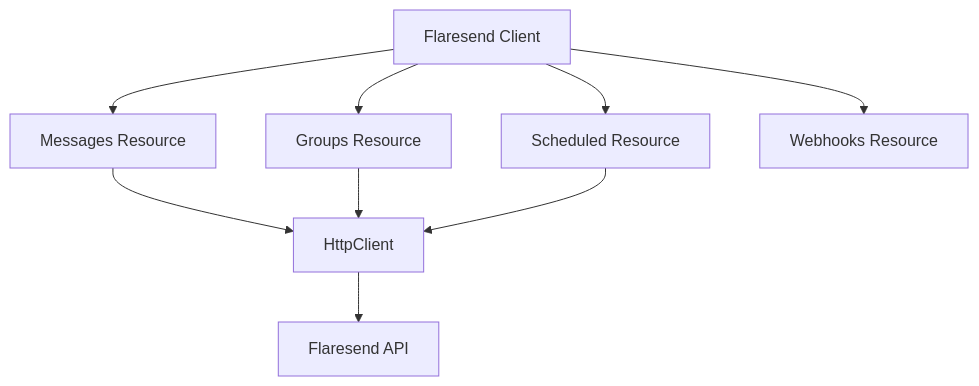
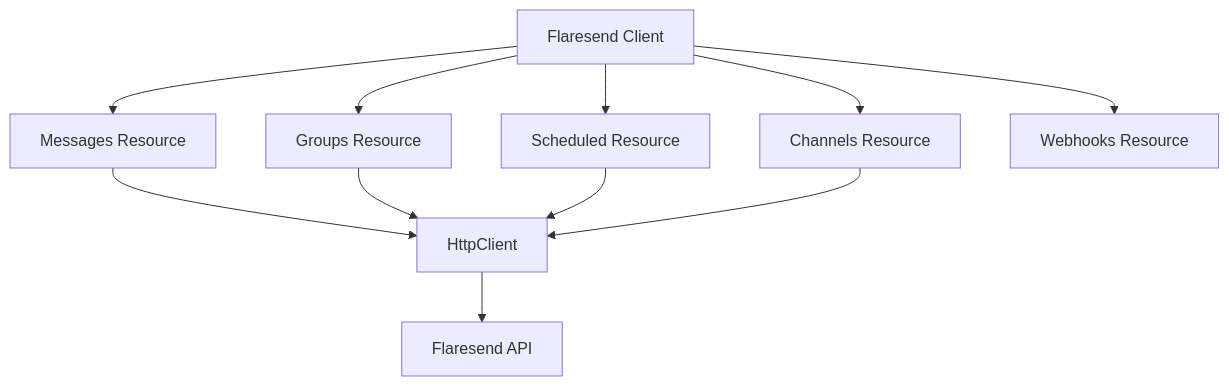
One commit to mpiers110/flaresend-sdk changed the diagram in README.md. Above: the diagram before and after it, drawn with Mermaid. The commit also changed other lines of this file and 6 other files, not shown here.

````diff
--- a/README.md
+++ b/README.md
@@ -127,11 +211,13 @@
 ```mermaid
 graph TD
     A[Flaresend Client] --> B[Messages Resource]
     A --> C[Groups Resource]
     A --> D[Scheduled Resource]
+    A --> H[Channels Resource]
     A --> E[Webhooks Resource]
     B --> F[HttpClient]
     C --> F
     D --> F
+    H --> F
     F --> G[Flaresend API]
 ```
````
